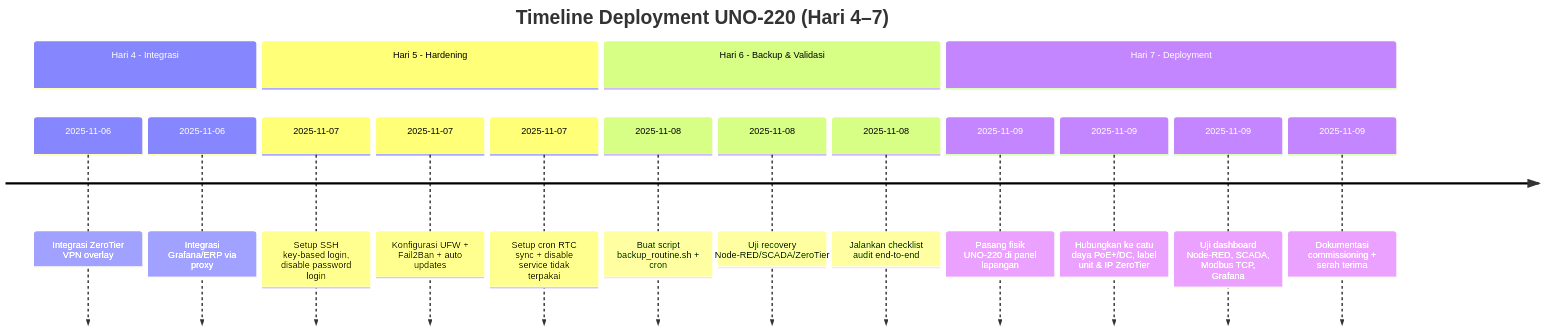
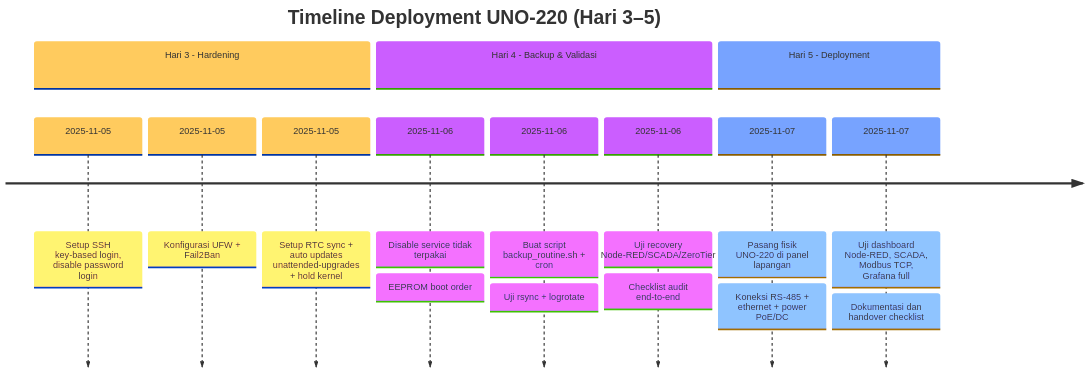
One commit to kumajaya/automation-blog changed the third of 3 diagrams in docs/_posts/2025-10-23-menyiapkan-advantech-uno-220-sebagai-edge-device-industri.md. Above: the diagram before and after it, drawn with Mermaid. The commit also changed other lines of this file, not shown here.

Commit message:
chore: sync Ghost CMS

```diff
--- a/docs/_posts/2025-10-23-menyiapkan-advantech-uno-220-sebagai-edge-device-industri.md
+++ b/docs/_posts/2025-10-23-menyiapkan-advantech-uno-220-sebagai-edge-device-industri.md
@@ -1412,24 +1492,21 @@
 <div class="mermaid" style="width:110%;">
-  ---
-  config:
-    theme: mc
-  ---
-  timeline
-      title Timeline Deployment UNO-220 (Hari 4–7)
-      section Hari 4 - Integrasi
-        2025-11-06 : Integrasi ZeroTier VPN overlay
-        2025-11-06 : Integrasi Grafana/ERP via proxy
-      section Hari 5 - Hardening
-        2025-11-07 : Setup SSH key-based login, disable password login
-        2025-11-07 : Konfigurasi UFW + Fail2Ban + auto updates
-        2025-11-07 : Setup cron RTC sync + disable service tidak terpakai
-      section Hari 6 - Backup &amp; Validasi
-        2025-11-08 : Buat script backup_routine.sh + cron
-        2025-11-08 : Uji recovery Node-RED/SCADA/ZeroTier
-        2025-11-08 : Jalankan checklist audit end-to-end
-      section Hari 7 - Deployment
-        2025-11-09 : Pasang fisik UNO-220 di panel lapangan
-        2025-11-09 : Hubungkan ke catu daya PoE+/DC, label unit &amp; IP ZeroTier
-        2025-11-09 : Uji dashboard Node-RED, SCADA, Modbus TCP, Grafana
-        2025-11-09 : Dokumentasi commissioning + serah terima
+    ---
+    config:
+      theme: base
+    ---
+    timeline
+        title Timeline Deployment UNO-220 (Hari 3–5)
+        section Hari 3 - Hardening
+          2025-11-05 : Setup SSH key-based login, disable password login
+          2025-11-05 : Konfigurasi UFW + Fail2Ban
+          2025-11-05 : Setup RTC sync + auto updates unattended-upgrades + hold kernel
+        section Hari 4 - Backup &amp; Validasi
+          2025-11-06 : Disable service tidak terpakai : EEPROM boot order
+          2025-11-06 : Buat script backup_routine.sh + cron : Uji rsync + logrotate
+          2025-11-06 : Uji recovery Node-RED/SCADA/ZeroTier : Checklist audit end-to-end
+        section Hari 5 - Deployment
+          2025-11-07 : Pasang fisik UNO-220 di panel lapangan
+            : Koneksi RS-485 + ethernet + power PoE/DC
+          2025-11-07 : Uji dashboard Node-RED, SCADA, Modbus TCP, Grafana full
+            : Dokumentasi dan handover checklist
 </div>
```
